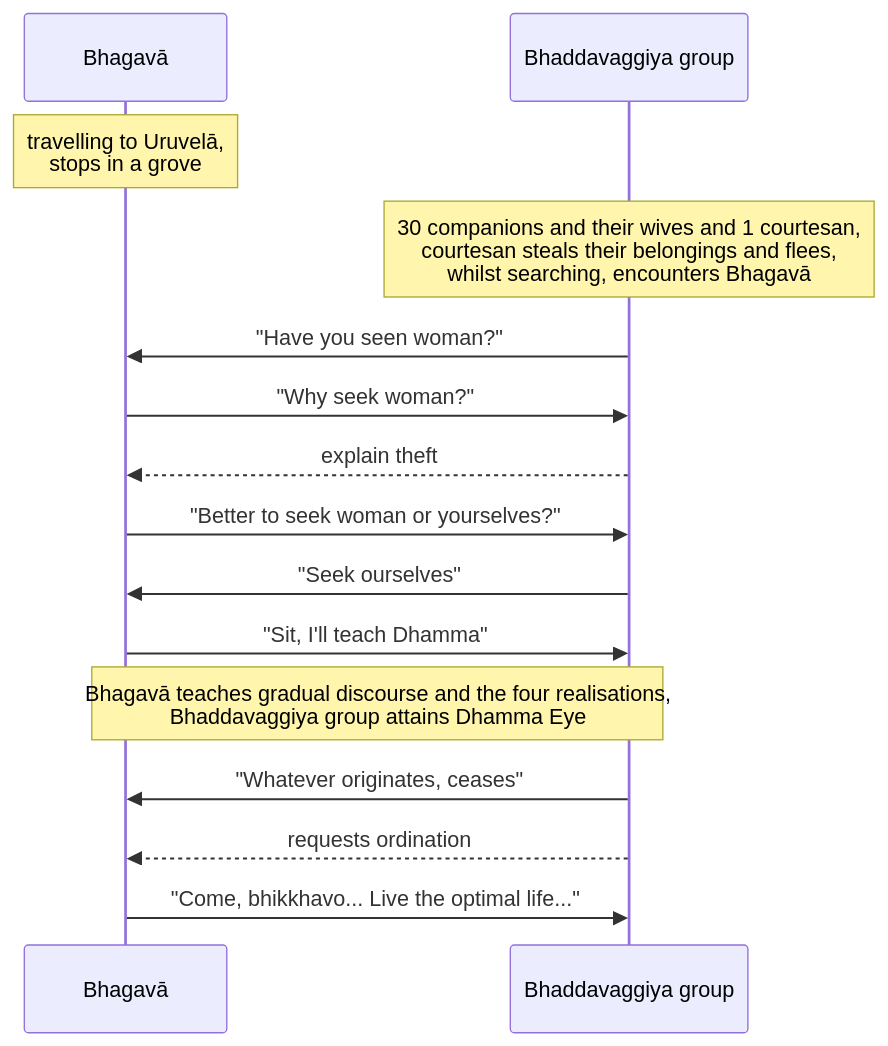
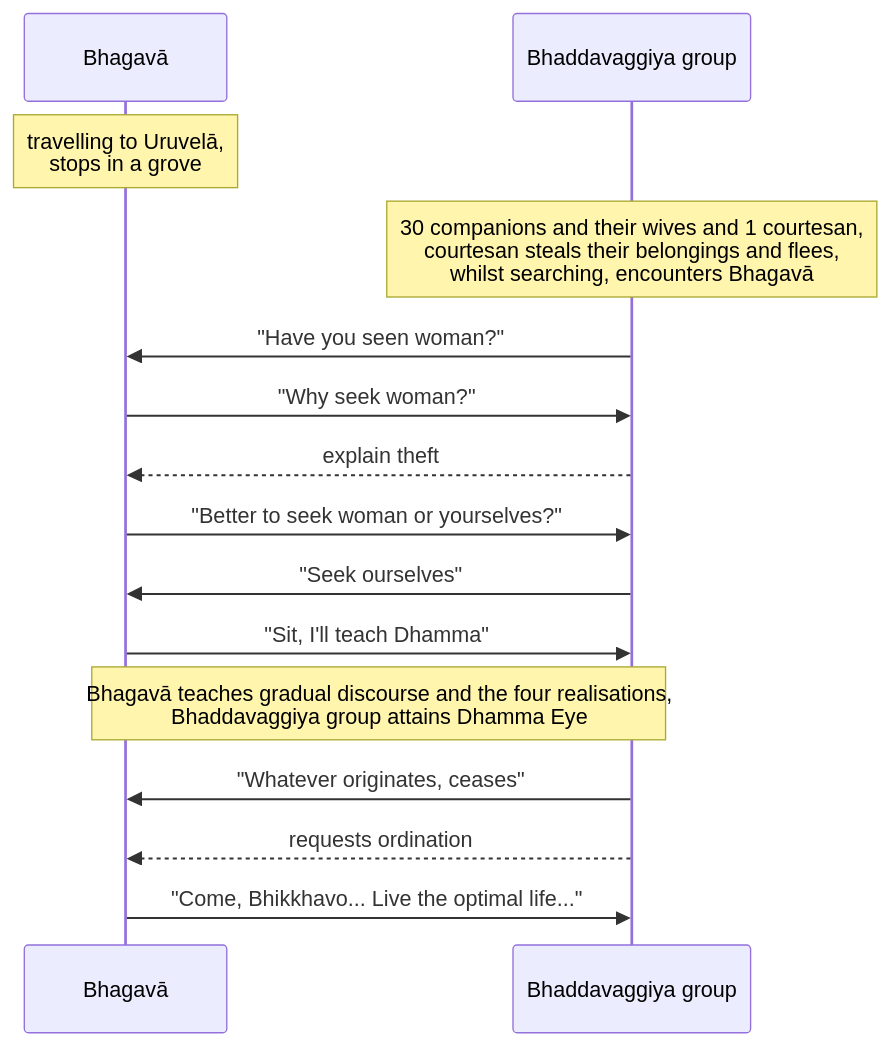
The diagram in src/content/docs/khandhaka/1-11.mdx (tidipa/tidipa.github.io), drawn with Mermaid before and after one commit. The commit also changed other lines of this file and 48 other files, not shown here.

````diff
--- a/src/content/docs/khandhaka/1-11.mdx
+++ b/src/content/docs/khandhaka/1-11.mdx
@@ -26,18 +26,18 @@
 ```mermaid
 sequenceDiagram
     participant B as Bhagavā
     participant Bv as Bhaddavaggiya group
     note over B: travelling to Uruvelā,<br/>stops in a grove
     note over Bv: 30 companions and their wives and 1 courtesan, <br> courtesan steals their belongings and flees, <br> whilst searching, encounters Bhagavā
     Bv->>B: "Have you seen woman?"
     B->>Bv: "Why seek woman?"
     Bv-->>B: explain theft
     B->>Bv: "Better to seek woman or yourselves?"
     Bv->>B: "Seek ourselves"
     B->>Bv: "Sit, I'll teach Dhamma"
 	note over B, Bv: Bhagavā teaches gradual discourse and the four realisations, <br> Bhaddavaggiya group attains Dhamma Eye
 	Bv->>B: "Whatever originates, ceases"
 	Bv-->>B: requests ordination
-	B->>Bv: "Come, bhikkhavo... Live the optimal life..."
+	B->>Bv: "Come, Bhikkhavo... Live the optimal life..."
 	
 ```
````
